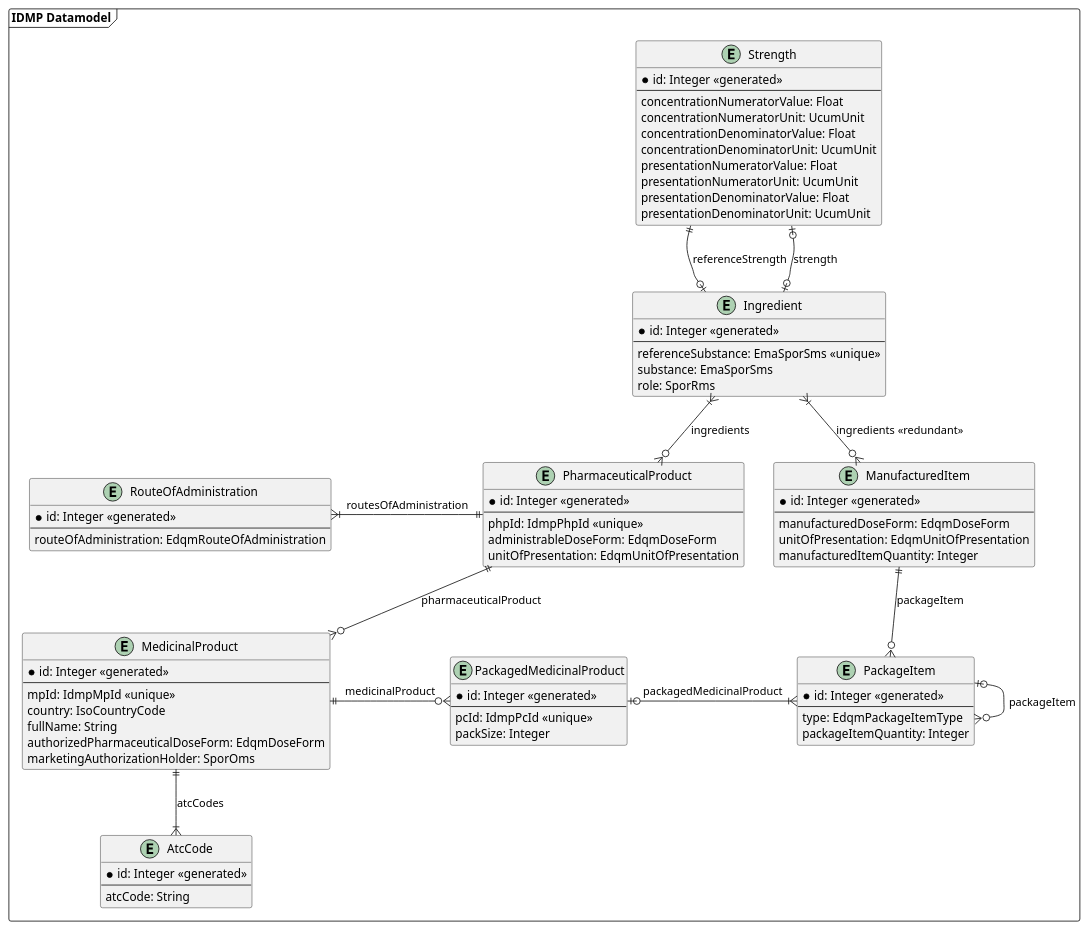
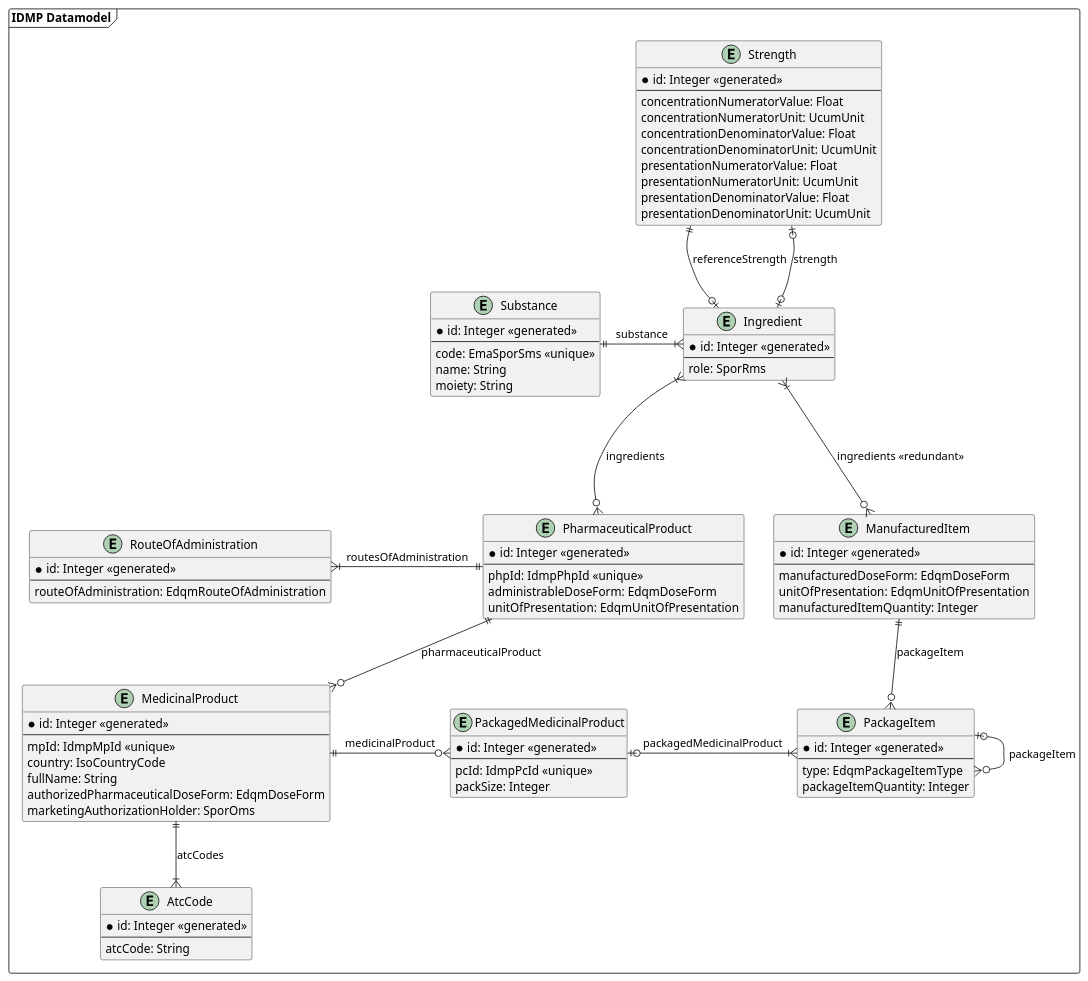
Before and after one commit to unicom-project-eu/wp6-db-api: the diagram in uml/class/datamodelRedesigned.puml, drawn with PlantUML.

Commit message:
Separated Substance into own entity

```diff
--- a/uml/class/datamodelRedesigned.puml
+++ b/uml/class/datamodelRedesigned.puml
@@ -1,96 +1,106 @@
 @startuml
 'https://plantuml.com/class-diagram
 
 package "IDMP Datamodel" as idmpDatamodel <<frame>> {
     entity Strength {
         * id: Integer <<generated>>
         --
         concentrationNumeratorValue: Float
         concentrationNumeratorUnit: UcumUnit
         concentrationDenominatorValue: Float
         concentrationDenominatorUnit: UcumUnit
         presentationNumeratorValue: Float
         presentationNumeratorUnit: UcumUnit
         presentationDenominatorValue: Float
         presentationDenominatorUnit: UcumUnit
     }
 
-    entity Ingredient {
-        * id: Integer <<generated>>
-        --
-        referenceSubstance: EmaSporSms <<unique>>
-        substance: EmaSporSms
-        role: SporRms
+    together {
+        entity Substance {
+            * id: Integer <<generated>>
+            --
+            code: EmaSporSms <<unique>>
+            name: String
+            moiety: String
+        }
+
+        entity Ingredient {
+            * id: Integer <<generated>>
+            --
+            role: SporRms
+        }
+
+        Substance ||-r-|{ Ingredient : "substance"
     }
 
     together {
         entity RouteOfAdministration {
             * id: Integer <<generated>>
             --
             routeOfAdministration: EdqmRouteOfAdministration
         }
 
         entity PharmaceuticalProduct {
             * id: Integer <<generated>>
             --
             phpId: IdmpPhpId <<unique>>
             administrableDoseForm: EdqmDoseForm
             unitOfPresentation: EdqmUnitOfPresentation
         }
     }
 
     entity MedicinalProduct {
         * id: Integer <<generated>>
         --
         mpId: IdmpMpId <<unique>>
         country: IsoCountryCode
         fullName: String
         authorizedPharmaceuticalDoseForm: EdqmDoseForm
         marketingAuthorizationHolder: SporOms
     }
 
     entity AtcCode {
         * id: Integer <<generated>>
         --
         atcCode: String
     }
 
     entity PackagedMedicinalProduct {
         * id: Integer <<generated>>
         --
         pcId: IdmpPcId <<unique>>
         packSize: Integer
     }
 
     entity PackageItem {
         * id: Integer <<generated>>
         --
         type: EdqmPackageItemType
         packageItemQuantity: Integer
     }
 
     entity ManufacturedItem {
         * id: Integer <<generated>>
         --
         manufacturedDoseForm: EdqmDoseForm
         unitOfPresentation: EdqmUnitOfPresentation
         manufacturedItemQuantity: Integer
     }
 
     MedicinalProduct ||--|{ AtcCode : "atcCodes"
 
     Strength ||--o| Ingredient : "referenceStrength"
     Strength |o--o| Ingredient : "strength"
 
     Ingredient }|-o{ ManufacturedItem : "ingredients <<redundant>>"
-    Ingredient }|--o{ PharmaceuticalProduct : "ingredients"
+    Ingredient }|---o{ PharmaceuticalProduct : "ingredients"
 
     RouteOfAdministration }|-r-|| PharmaceuticalProduct : "routesOfAdministration"
     PharmaceuticalProduct ||--o{ MedicinalProduct : "pharmaceuticalProduct"
     MedicinalProduct ||-o{ PackagedMedicinalProduct : "medicinalProduct"
     PackagedMedicinalProduct |o-|{ PackageItem : "packagedMedicinalProduct"
     PackageItem |o-o{ PackageItem : "packageItem"
     ManufacturedItem ||--o{ PackageItem : "packageItem"
 }
 
 @enduml
```
